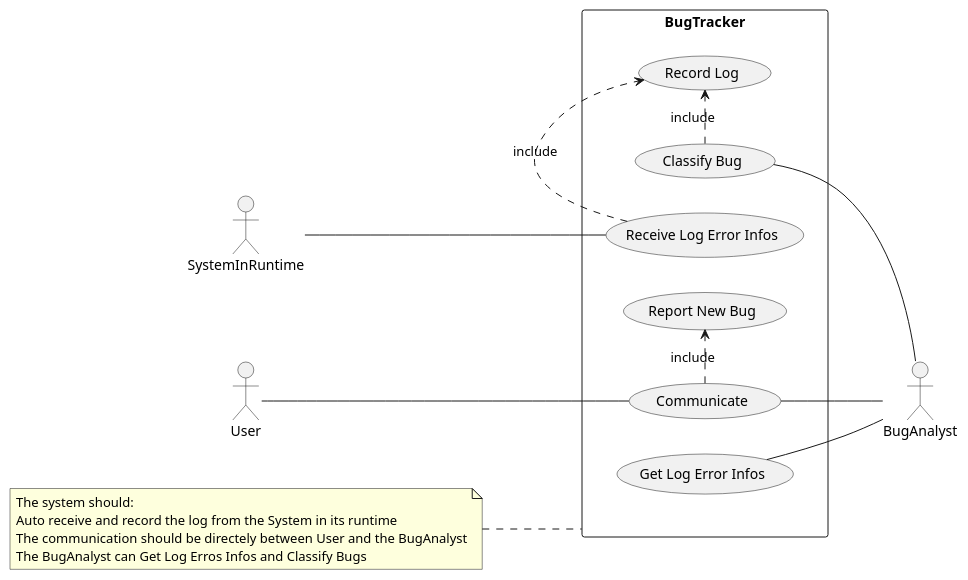
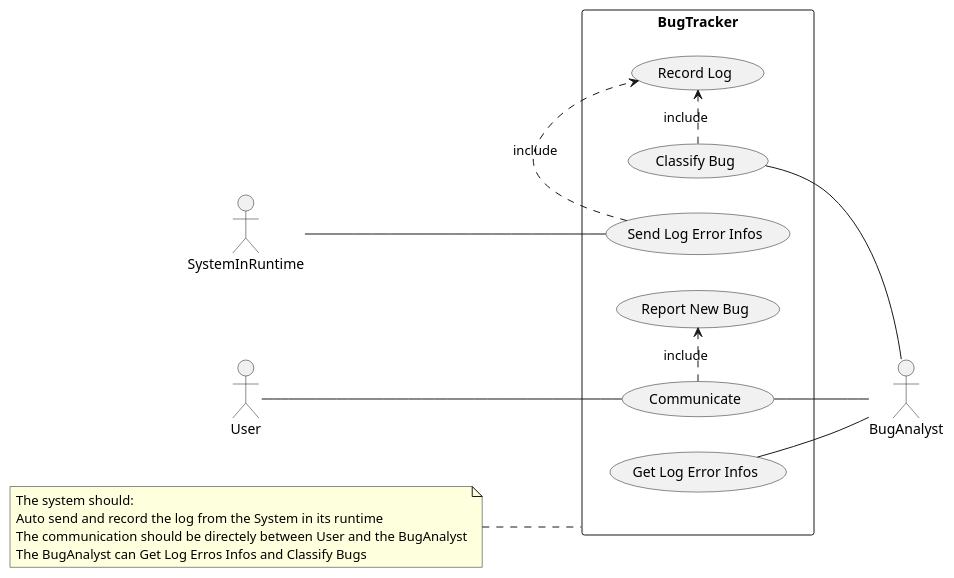
Before and after one commit to miqueias-araujo/bug_tracker: the diagram in docs/basePlan.plantuml, drawn with PlantUML. The commit also changed 1 other file, not shown here.

```diff
--- a/docs/basePlan.plantuml
+++ b/docs/basePlan.plantuml
@@ -1,26 +1,26 @@
 @startuml UseCase Plan
 
 left to right direction
 skinparam packageStyle rectangle
 actor SystemInRuntime
 actor BugAnalyst
 actor User
 
 rectangle BugTracker {
-SystemInRuntime -- (Receive Log Error Infos)
+SystemInRuntime -- (Send Log Error Infos)
 (Get Log Error Infos) -- BugAnalyst
 (Classify Bug) -- BugAnalyst
 (Communicate) -- BugAnalyst
 (Report New Bug)
 User -- (Communicate)
 (Classify Bug) .> (Record Log) :include
-(Receive Log Error Infos) .> (Record Log) :include
+(Send Log Error Infos) .> (Record Log) :include
 (Communicate) .> (Report New Bug):include
 }
 note left of BugTracker
 The system should:
-Auto receive and record the log from the System in its runtime
+Auto send and record the log from the System in its runtime
 The communication should be directely between User and the BugAnalyst
 The BugAnalyst can Get Log Erros Infos and Classify Bugs
 end note
 @enduml
```
